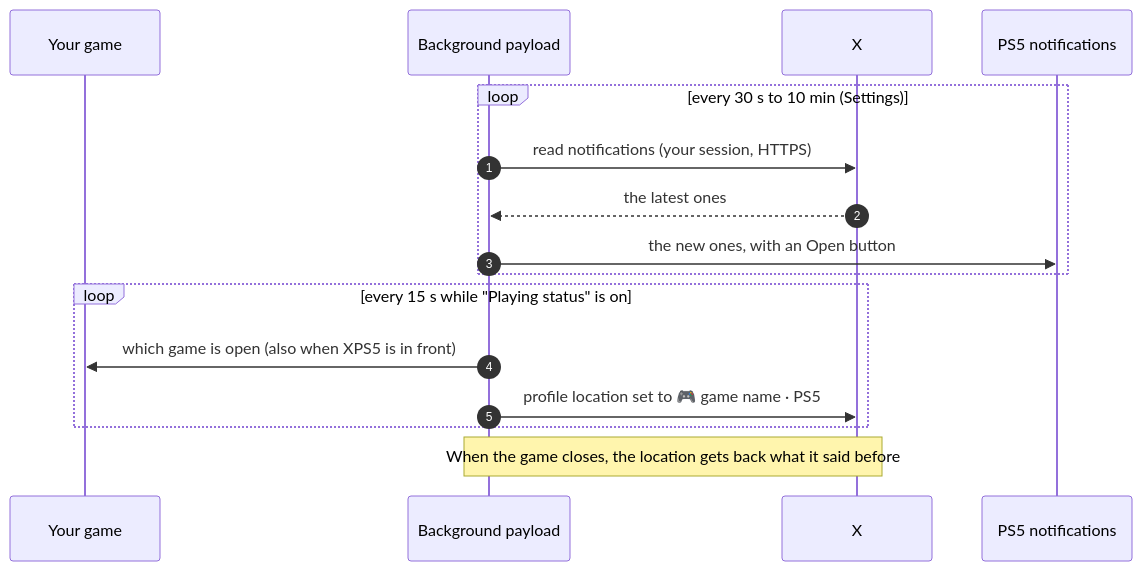
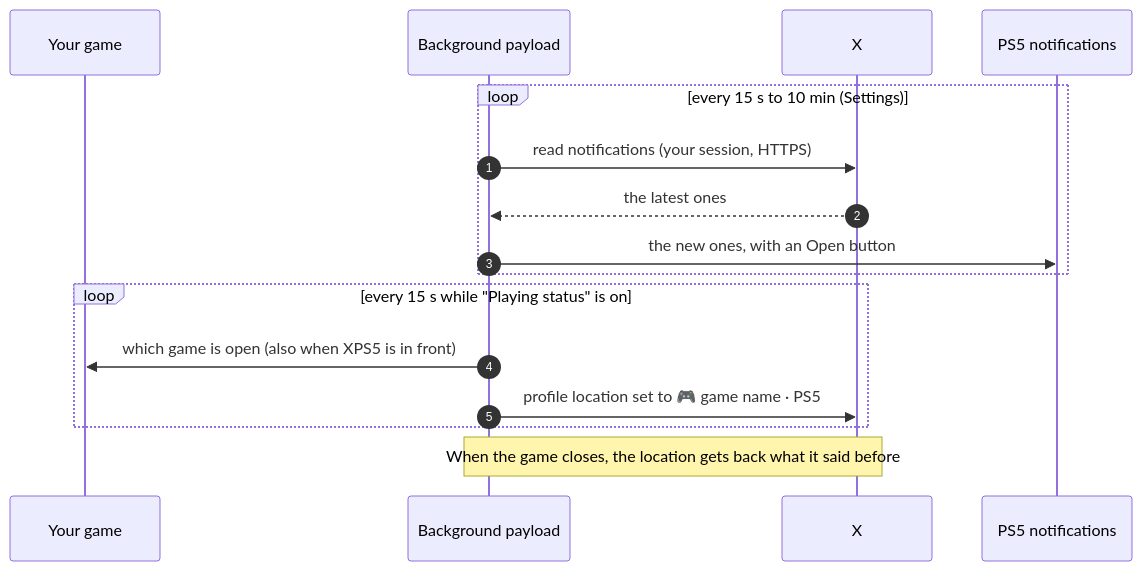
One commit to ramalhoboss/XPS5 changed the fifth of 6 diagrams in README.md. Above: the diagram before and after it, drawn with Mermaid. The commit also changed other lines of this file and 392 other files, not shown here.

````diff
--- a/README.md
+++ b/README.md
@@ -170,18 +197,18 @@
 ```mermaid
 sequenceDiagram
     autonumber
     participant G as Your game
     participant P as Background payload
     participant X as X
     participant N as PS5 notifications
-    loop every 30 s to 10 min (Settings)
+    loop every 15 s to 10 min (Settings)
         P->>X: read notifications (your session, HTTPS)
         X-->>P: the latest ones
         P->>N: the new ones, with an Open button
     end
     loop every 15 s while "Playing status" is on
         P->>G: which game is open (also when XPS5 is in front)
         P->>X: profile location set to 🎮 game name · PS5
     end
     Note over P,X: When the game closes, the location gets back what it said before
 ```
````
